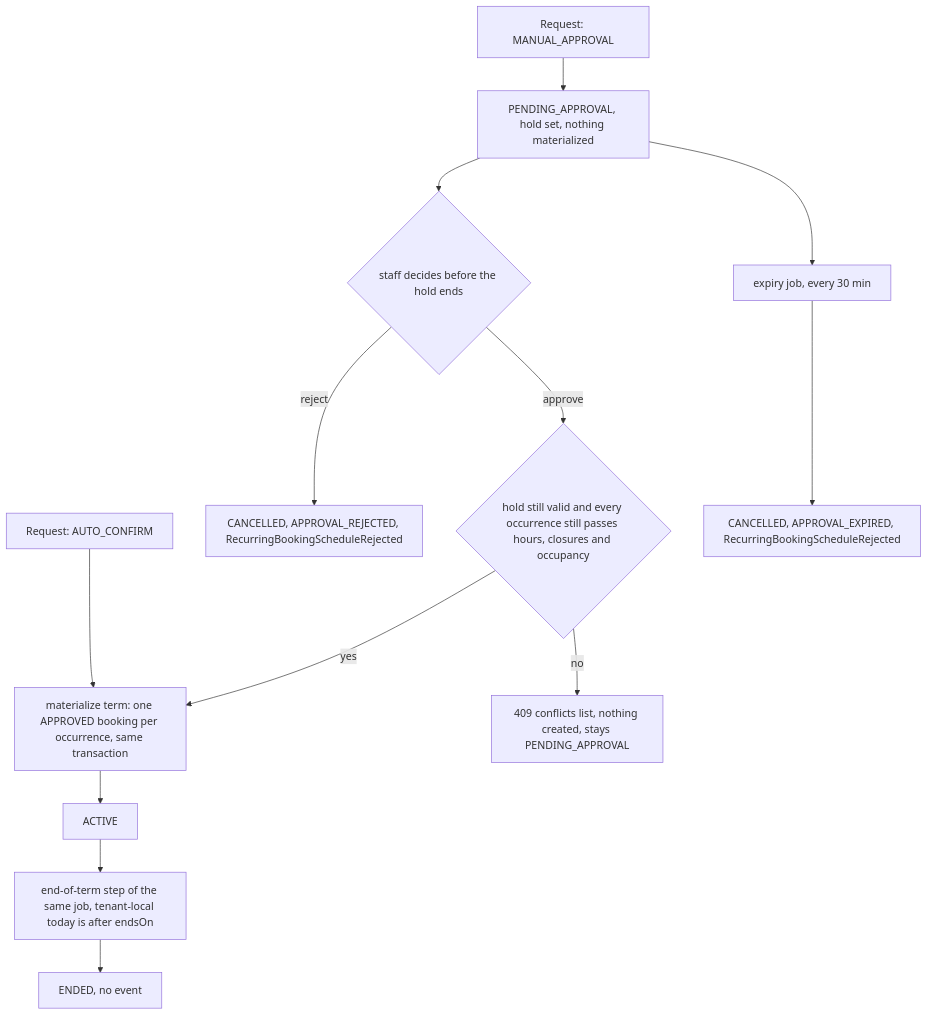
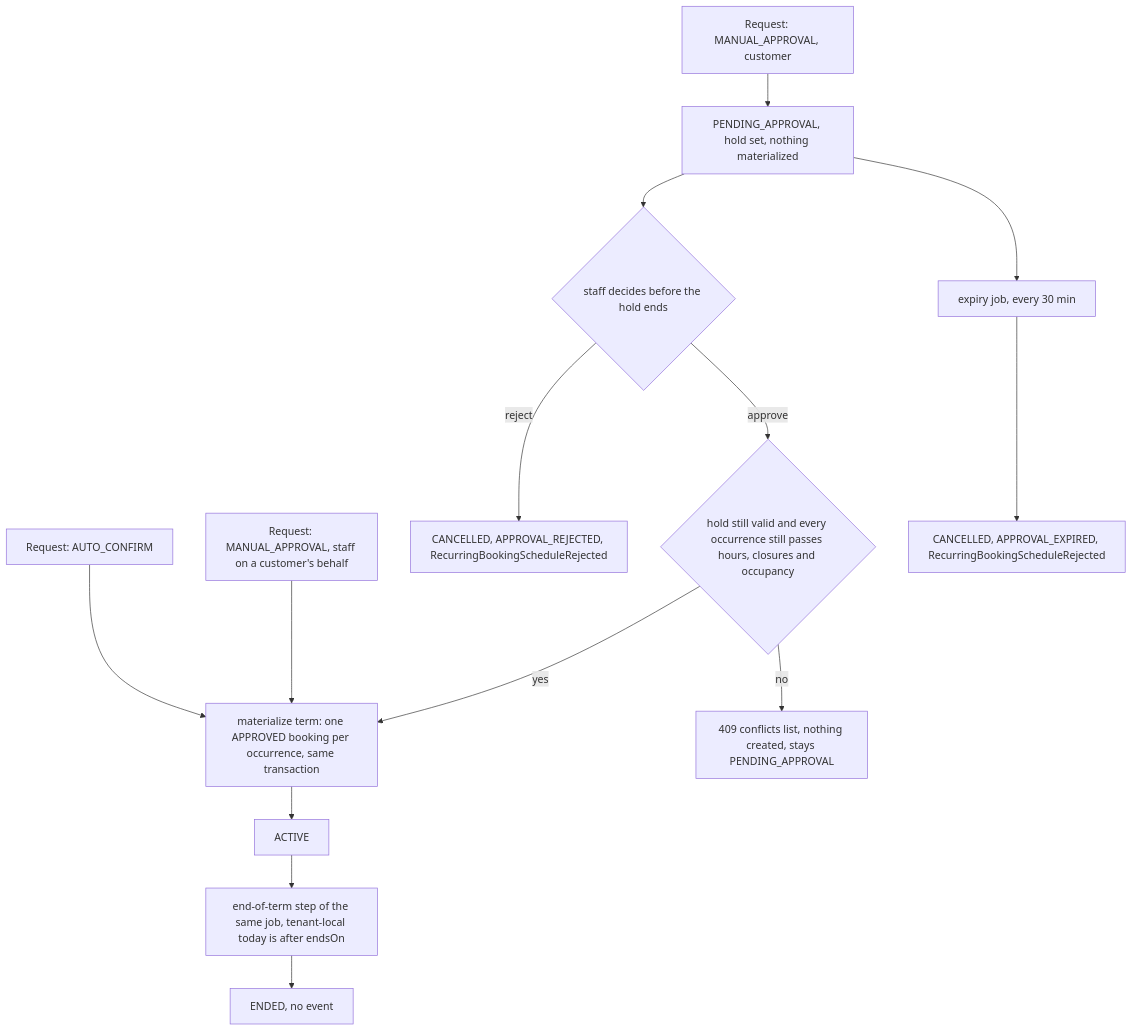
The sixth of 11 diagrams in docs/27-BUSINESS_LOGIC_REFERENCE.md (lmmoreira/ikaro), drawn with Mermaid before and after one commit. The commit also changed other lines of this file and 69 other files, not shown here.

First line of the commit message:
feat(booking): staff create a recurring private reservation on a customer's behalf (M23-S19) (#622)

````diff
--- a/docs/27-BUSINESS_LOGIC_REFERENCE.md
+++ b/docs/27-BUSINESS_LOGIC_REFERENCE.md
@@ -269,13 +269,14 @@
 ```mermaid
 flowchart TD
   A[Request: AUTO_CONFIRM] --> M[materialize term: one APPROVED booking per occurrence, same transaction]
-  B[Request: MANUAL_APPROVAL] --> P[PENDING_APPROVAL, hold set, nothing materialized]
+  B[Request: MANUAL_APPROVAL, customer] --> P[PENDING_APPROVAL, hold set, nothing materialized]
+  B2[Request: MANUAL_APPROVAL, staff on a customer's behalf] --> M
   P --> S{staff decides before the hold ends}
   S -- reject --> X[CANCELLED, APPROVAL_REJECTED, RecurringBookingScheduleRejected]
   S -- approve --> C{hold still valid and every occurrence still passes hours, closures and occupancy}
   C -- yes --> M
   C -- no --> R[409 conflicts list, nothing created, stays PENDING_APPROVAL]
   P --> E[expiry job, every 30 min] --> Y[CANCELLED, APPROVAL_EXPIRED, RecurringBookingScheduleRejected]
   M --> AC[ACTIVE]
   AC --> N[end-of-term step of the same job, tenant-local today is after endsOn] --> D[ENDED, no event]
 ```
````
